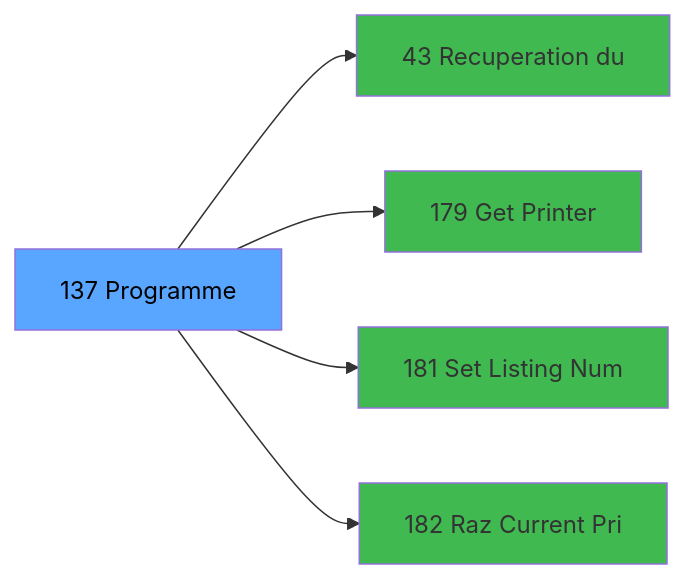
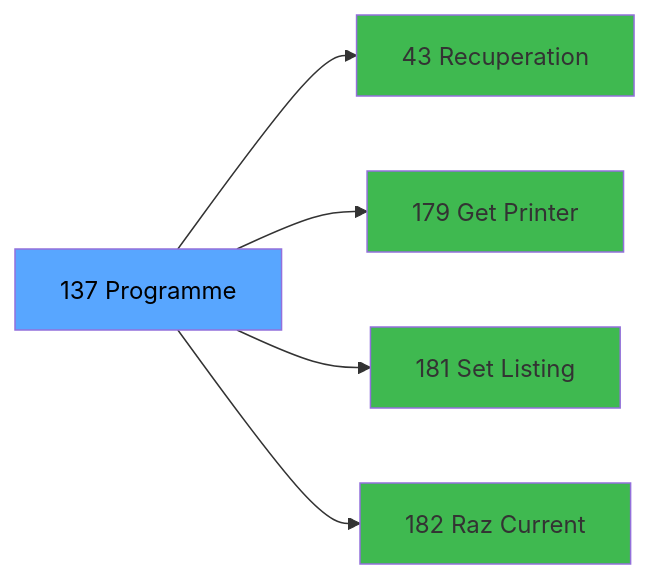
Before and after one commit to thonyAGP/magic-migration: the third of 3 diagrams in .openspec/specs/ADH-IDE-137.md, drawn with Mermaid. The commit also changed other lines of this file and 323 other files, not shown here.

````diff
--- a/.openspec/specs/ADH-IDE-137.md
+++ b/.openspec/specs/ADH-IDE-137.md
@@ -123,17 +151,17 @@
 ```mermaid
 graph LR
     T[137 Programme]
-    C43[43 Recuperation du]
+    C43[43 Recuperation]
     T --> C43
     C179[179 Get Printer]
     T --> C179
-    C181[181 Set Listing Num]
+    C181[181 Set Listing ]
     T --> C181
-    C182[182 Raz Current Pri]
+    C182[182 Raz Current ]
     T --> C182
     style T fill:#58a6ff,color:#000
     style C43 fill:#3fb950
     style C179 fill:#3fb950
     style C181 fill:#3fb950
     style C182 fill:#3fb950
 ```
````
